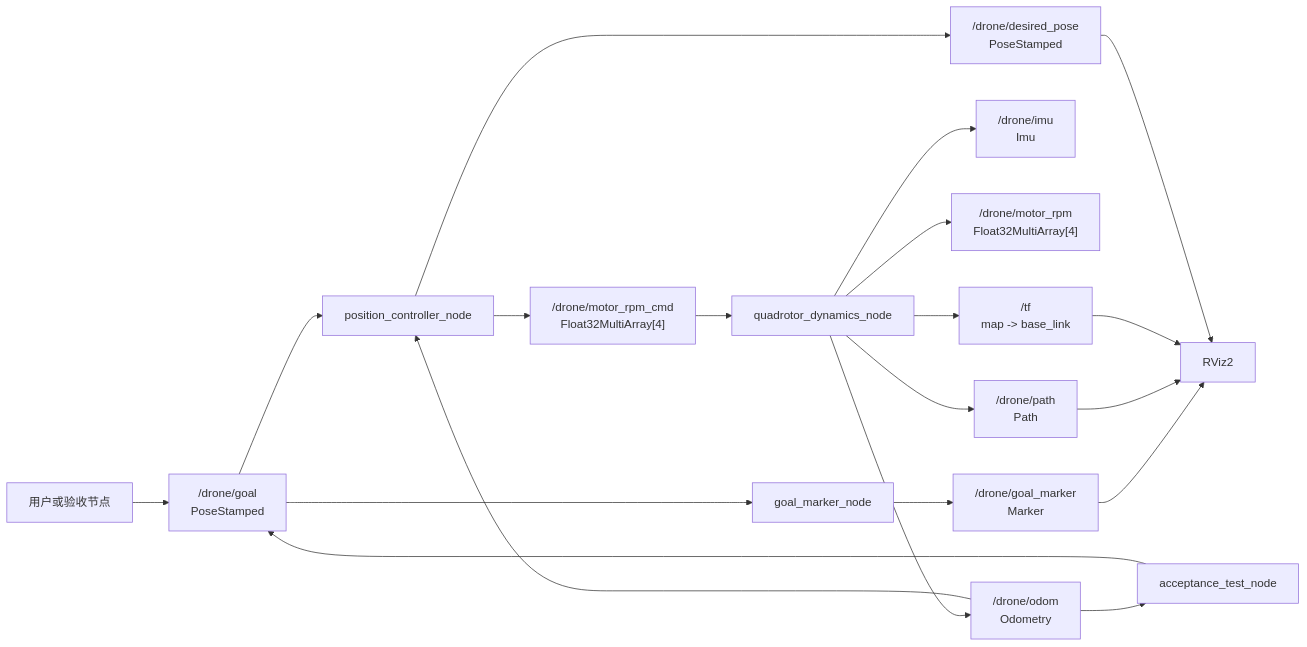
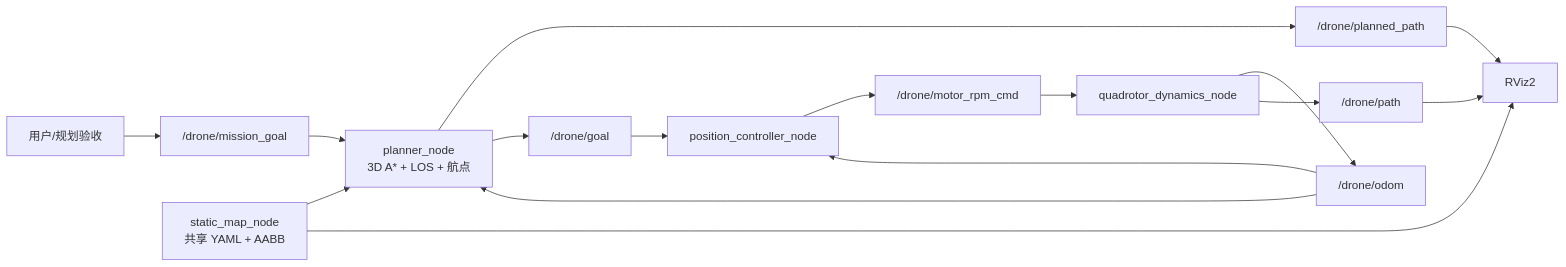
Before and after one commit to wu427/ros2_quadrotor_sim: the second of 3 diagrams in docs/ARCHITECTURE_OVERVIEW.md, drawn with Mermaid. The commit also changed other lines of this file and 26 other files, not shown here.

Commit message:
feat: add static 3d map and astar planning acceptance

````diff
--- a/docs/ARCHITECTURE_OVERVIEW.md
+++ b/docs/ARCHITECTURE_OVERVIEW.md
@@ -119,38 +140,26 @@
 ```mermaid
 flowchart LR
-    U["用户或验收节点"]
-    G["/drone/goal<br/>PoseStamped"]
+    U["用户/规划验收"]
+    MG["/drone/mission_goal"]
+    MAP["static_map_node<br/>共享 YAML + AABB"]
+    PLAN["planner_node<br/>3D A* + LOS + 航点"]
+    PP["/drone/planned_path"]
+    G["/drone/goal"]
     C["position_controller_node"]
-    CMD["/drone/motor_rpm_cmd<br/>Float32MultiArray[4]"]
+    CMD["/drone/motor_rpm_cmd"]
     D["quadrotor_dynamics_node"]
-    O["/drone/odom<br/>Odometry"]
-    I["/drone/imu<br/>Imu"]
-    R["/drone/motor_rpm<br/>Float32MultiArray[4]"]
-    P["/drone/path<br/>Path"]
-    TF["/tf<br/>map -> base_link"]
-    DP["/drone/desired_pose<br/>PoseStamped"]
-    GM["goal_marker_node"]
-    MK["/drone/goal_marker<br/>Marker"]
+    O["/drone/odom"]
+    ACT["/drone/path"]
     V["RViz2"]
-    A["acceptance_test_node"]
 
-    U --> G
-    A --> G
-    G --> C
-    G --> GM
-    GM --> MK
-    C --> CMD
-    CMD --> D
+    U --> MG --> PLAN
+    MAP --> PLAN
+    MAP --> V
+    PLAN --> PP --> V
+    PLAN --> G --> C
+    C --> CMD --> D
     D --> O
     O --> C
-    O --> A
-    D --> I
-    D --> R
-    D --> P
-    D --> TF
-    C --> DP
-    MK --> V
-    P --> V
-    TF --> V
-    DP --> V
+    O --> PLAN
+    D --> ACT --> V
 ```
````
